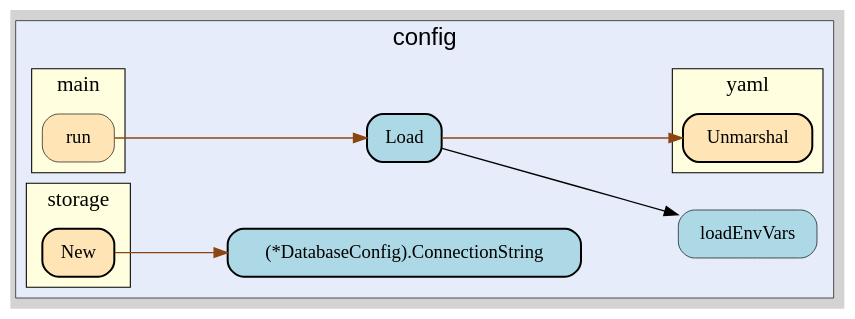
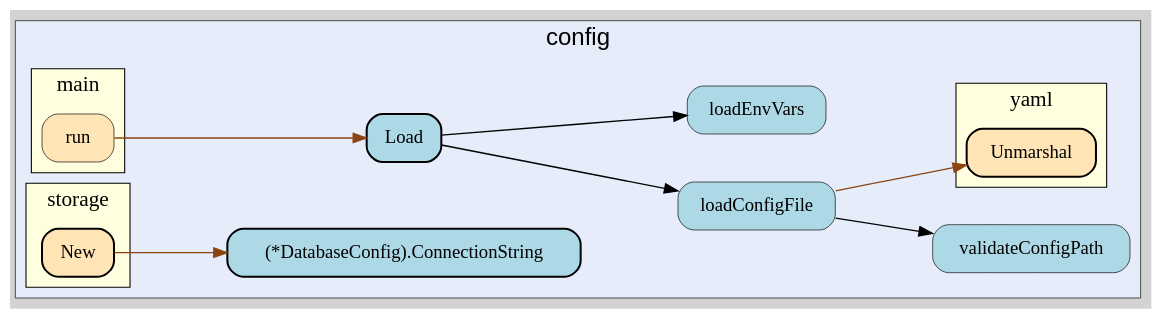
Before and after one commit to LederWorks/siros: the diagram in docs/callgraph/config-layer.gv, drawn with Graphviz. The commit also changed 56 other files, not shown here.

```diff
--- a/docs/callgraph/config-layer.gv
+++ b/docs/callgraph/config-layer.gv
@@ -1,78 +1,82 @@
 digraph gocallvis {
     label="";
     labeljust="l";
     fontname="Arial";
     fontsize="14";
     rankdir="LR";
     bgcolor="lightgray";
     style="solid";
     penwidth="0.5";
     pad="0.0";
     nodesep="0.5";
 
     node [shape="box" style="filled,rounded" fillcolor="honeydew" fontname="Verdana" penwidth="1.0" margin="0.16,0.0"];
     edge [minlen="2"]
 
     subgraph "cluster_focus" {
-        bgcolor="#e6ecfa";
+        fontsize="18";
+bgcolor="#e6ecfa";
 label="config";
 labelloc="t";
 labeljust="c";
-fontsize="18";
         
-        "github.com/LederWorks/siros/backend/internal/config.Load" [ fillcolor="lightblue" label="Load" penwidth="1.5" tooltip="github.com/LederWorks/siros/backend/internal/config.Load | defined in config.go:108\nat config.go:143: calling [github.com/LederWorks/siros/backend/internal/config.loadEnvVars]\nat config.go:137: calling [gopkg.in/yaml.v3.Unmarshal]" ]
-        "github.com/LederWorks/siros/backend/internal/config.loadEnvVars" [ penwidth="0.5" tooltip="github.com/LederWorks/siros/backend/internal/config.loadEnvVars | defined in config.go:149" fillcolor="lightblue" label="loadEnvVars" ]
-        "(*github.com/LederWorks/siros/backend/internal/config.DatabaseConfig).ConnectionString" [ fillcolor="lightblue" label="(*DatabaseConfig).ConnectionString" penwidth="1.5" tooltip="(*github.com/LederWorks/siros/backend/internal/config.DatabaseConfig).ConnectionString | defined in config.go:163" ]
+        "github.com/LederWorks/siros/backend/internal/config.loadConfigFile" [ fillcolor="lightblue" label="loadConfigFile" penwidth="0.5" tooltip="github.com/LederWorks/siros/backend/internal/config.loadConfigFile | defined in config.go:144\nat config.go:146: calling [github.com/LederWorks/siros/backend/internal/config.validateConfigPath]\nat config.go:168: calling [gopkg.in/yaml.v3.Unmarshal]" ]
+        "github.com/LederWorks/siros/backend/internal/config.validateConfigPath" [ penwidth="0.5" tooltip="github.com/LederWorks/siros/backend/internal/config.validateConfigPath | defined in config.go:176" fillcolor="lightblue" label="validateConfigPath" ]
+        "github.com/LederWorks/siros/backend/internal/config.Load" [ label="Load" penwidth="1.5" tooltip="github.com/LederWorks/siros/backend/internal/config.Load | defined in config.go:110\nat config.go:133: calling [github.com/LederWorks/siros/backend/internal/config.loadConfigFile]\nat config.go:138: calling [github.com/LederWorks/siros/backend/internal/config.loadEnvVars]" fillcolor="lightblue" ]
+        "github.com/LederWorks/siros/backend/internal/config.loadEnvVars" [ penwidth="0.5" tooltip="github.com/LederWorks/siros/backend/internal/config.loadEnvVars | defined in config.go:214" fillcolor="lightblue" label="loadEnvVars" ]
+        "(*github.com/LederWorks/siros/backend/internal/config.DatabaseConfig).ConnectionString" [ fillcolor="lightblue" label="(*DatabaseConfig).ConnectionString" penwidth="1.5" tooltip="(*github.com/LederWorks/siros/backend/internal/config.DatabaseConfig).ConnectionString | defined in config.go:228" ]
         
         subgraph "cluster_github.com/LederWorks/siros/backend/cmd/siros-server" {
-        fontsize="16";
+        label="main";
 fillcolor="lightyellow";
 fontname="Tahoma bold";
 URL="/?f=github.com/LederWorks/siros/backend/cmd/siros-server";
 tooltip="package: github.com/LederWorks/siros/backend/cmd/siros-server";
 penwidth="0.8";
+fontsize="16";
 style="filled";
 rank="sink";
-label="main";
         
         "github.com/LederWorks/siros/backend/cmd/siros-server.run" [ fillcolor="moccasin" label="run" penwidth="0.5" tooltip="github.com/LederWorks/siros/backend/cmd/siros-server.run | defined in main.go:47\nat main.go:55: calling [github.com/LederWorks/siros/backend/internal/config.Load]" ]
         
     }
 
         subgraph "cluster_github.com/LederWorks/siros/backend/internal/storage" {
-        penwidth="0.8";
+        URL="/?f=github.com/LederWorks/siros/backend/internal/storage";
+penwidth="0.8";
 fontsize="16";
+fillcolor="lightyellow";
+rank="sink";
+tooltip="package: github.com/LederWorks/siros/backend/internal/storage";
+style="filled";
 fontname="Tahoma bold";
-rank="sink";
-style="filled";
-fillcolor="lightyellow";
 label="storage";
-URL="/?f=github.com/LederWorks/siros/backend/internal/storage";
-tooltip="package: github.com/LederWorks/siros/backend/internal/storage";
         
         "github.com/LederWorks/siros/backend/internal/storage.New" [ penwidth="1.5" tooltip="github.com/LederWorks/siros/backend/internal/storage.New | defined in storage.go:24\nat storage.go:25: calling [(*github.com/LederWorks/siros/backend/internal/config.DatabaseConfig).ConnectionString]" fillcolor="moccasin" label="New" ]
         
     }
 
         subgraph "cluster_gopkg.in/yaml.v3" {
         fontsize="16";
 fillcolor="lightyellow";
+rank="sink";
+tooltip="package: gopkg.in/yaml.v3";
+style="filled";
 fontname="Tahoma bold";
+label="yaml";
 URL="/?f=gopkg.in/yaml.v3";
-tooltip="package: gopkg.in/yaml.v3";
 penwidth="0.8";
-style="filled";
-rank="sink";
-label="yaml";
         
-        "gopkg.in/yaml.v3.Unmarshal" [ fillcolor="moccasin" label="Unmarshal" penwidth="1.5" tooltip="gopkg.in/yaml.v3.Unmarshal | defined in yaml.go:88" ]
+        "gopkg.in/yaml.v3.Unmarshal" [ penwidth="1.5" tooltip="gopkg.in/yaml.v3.Unmarshal | defined in yaml.go:88" fillcolor="moccasin" label="Unmarshal" ]
         
     }
 
     }
 
-    "github.com/LederWorks/siros/backend/internal/config.Load" -> "github.com/LederWorks/siros/backend/internal/config.loadEnvVars" [ tooltip="at config.go:143: calling [github.com/LederWorks/siros/backend/internal/config.loadEnvVars]" ]
-    "github.com/LederWorks/siros/backend/internal/config.Load" -> "gopkg.in/yaml.v3.Unmarshal" [ tooltip="at config.go:137: calling [gopkg.in/yaml.v3.Unmarshal]" color="saddlebrown" ]
-    "github.com/LederWorks/siros/backend/cmd/siros-server.run" -> "github.com/LederWorks/siros/backend/internal/config.Load" [ tooltip="at main.go:55: calling [github.com/LederWorks/siros/backend/internal/config.Load]" color="saddlebrown" ]
-    "github.com/LederWorks/siros/backend/internal/storage.New" -> "(*github.com/LederWorks/siros/backend/internal/config.DatabaseConfig).ConnectionString" [ tooltip="at storage.go:25: calling [(*github.com/LederWorks/siros/backend/internal/config.DatabaseConfig).ConnectionString]" color="saddlebrown" ]
+    "github.com/LederWorks/siros/backend/cmd/siros-server.run" -> "github.com/LederWorks/siros/backend/internal/config.Load" [ color="saddlebrown" tooltip="at main.go:55: calling [github.com/LederWorks/siros/backend/internal/config.Load]" ]
+    "github.com/LederWorks/siros/backend/internal/storage.New" -> "(*github.com/LederWorks/siros/backend/internal/config.DatabaseConfig).ConnectionString" [ color="saddlebrown" tooltip="at storage.go:25: calling [(*github.com/LederWorks/siros/backend/internal/config.DatabaseConfig).ConnectionString]" ]
+    "github.com/LederWorks/siros/backend/internal/config.loadConfigFile" -> "github.com/LederWorks/siros/backend/internal/config.validateConfigPath" [ tooltip="at config.go:146: calling [github.com/LederWorks/siros/backend/internal/config.validateConfigPath]" ]
+    "github.com/LederWorks/siros/backend/internal/config.loadConfigFile" -> "gopkg.in/yaml.v3.Unmarshal" [ color="saddlebrown" tooltip="at config.go:168: calling [gopkg.in/yaml.v3.Unmarshal]" ]
+    "github.com/LederWorks/siros/backend/internal/config.Load" -> "github.com/LederWorks/siros/backend/internal/config.loadConfigFile" [ tooltip="at config.go:133: calling [github.com/LederWorks/siros/backend/internal/config.loadConfigFile]" ]
+    "github.com/LederWorks/siros/backend/internal/config.Load" -> "github.com/LederWorks/siros/backend/internal/config.loadEnvVars" [ tooltip="at config.go:138: calling [github.com/LederWorks/siros/backend/internal/config.loadEnvVars]" ]
 }
```
